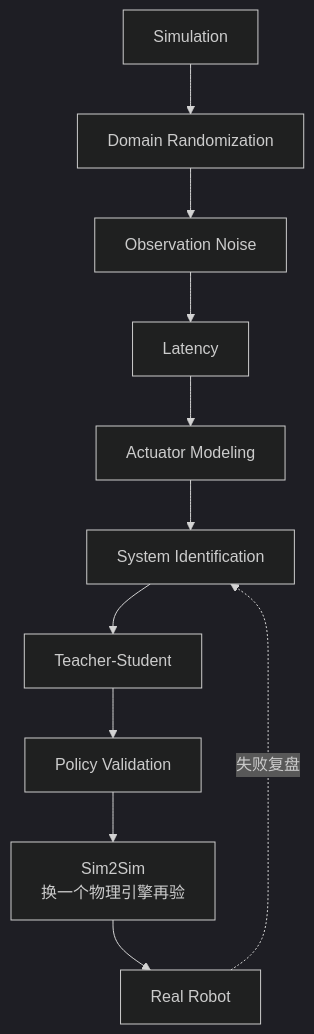
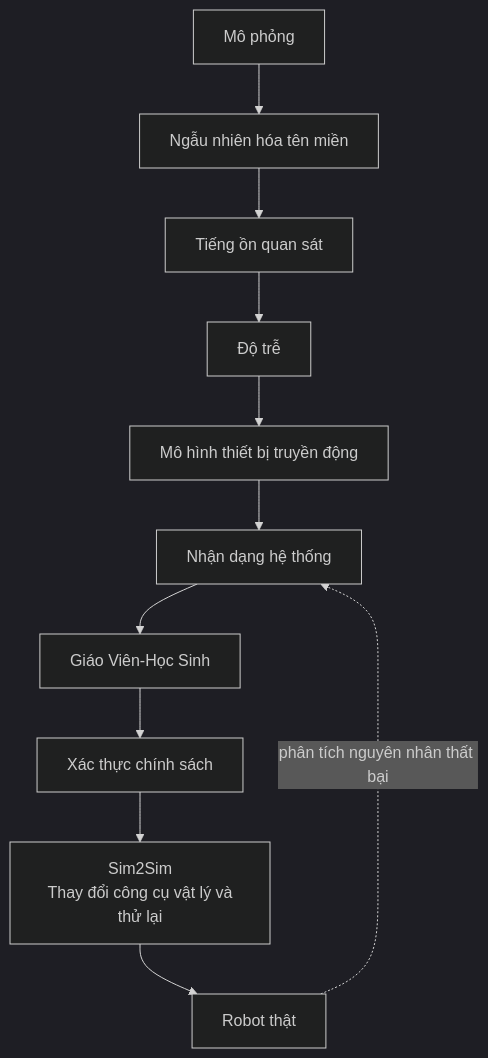
One commit to ledinhtuyen/Robotics_Notebooks changed diagram 23 of 33 in roadmap/motion-control.md. Above: the diagram before and after it, drawn with Mermaid (dark theme). The commit also changed other lines of this file, not shown here.

Commit message:
docs(roadmap): 完成 motion-control 全文越南语翻译

````diff
--- a/roadmap/motion-control.md
+++ b/roadmap/motion-control.md
@@ -1470,13 +1486,13 @@
 ```mermaid
 flowchart TB
-  Sim["Simulation"] --> DR["Domain Randomization"]
-  DR --> ON["Observation Noise"]
-  ON --> Lat["Latency"]
-  Lat --> Act["Actuator Modeling"]
-  Act --> SID["System Identification"]
-  SID --> TS["Teacher-Student"]
-  TS --> Val["Policy Validation"]
-  Val --> S2S["Sim2Sim<br/>换一个物理引擎再验"]
-  S2S --> Real["Real Robot"]
-  Real -. 失败复盘 .-> SID
+  Sim["Mô phỏng"] --> DR["Ngẫu nhiên hóa tên miền"]
+  DR --> ON["Tiếng ồn quan sát"]
+  ON --> Lat["Độ trễ"]
+  Lat --> Act["Mô hình thiết bị truyền động"]
+  Act --> SID["Nhận dạng hệ thống"]
+  SID --> TS["Giáo Viên-Học Sinh"]
+  TS --> Val["Xác thực chính sách"]
+  Val --> S2S["Sim2Sim<br/> Thay đổi công cụ vật lý và thử lại"]
+  S2S --> Real["Robot thật"]
+  Real -. phân tích nguyên nhân thất bại .-> SID
 ```
````
